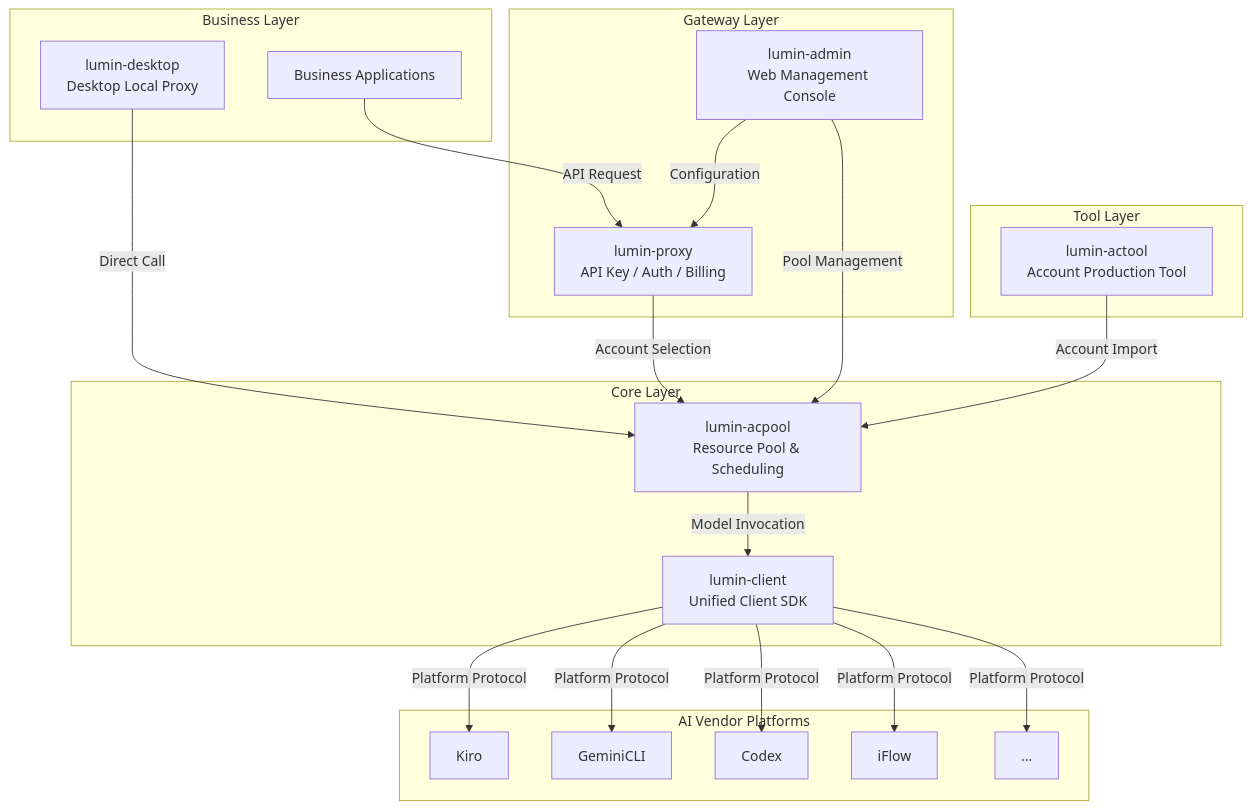
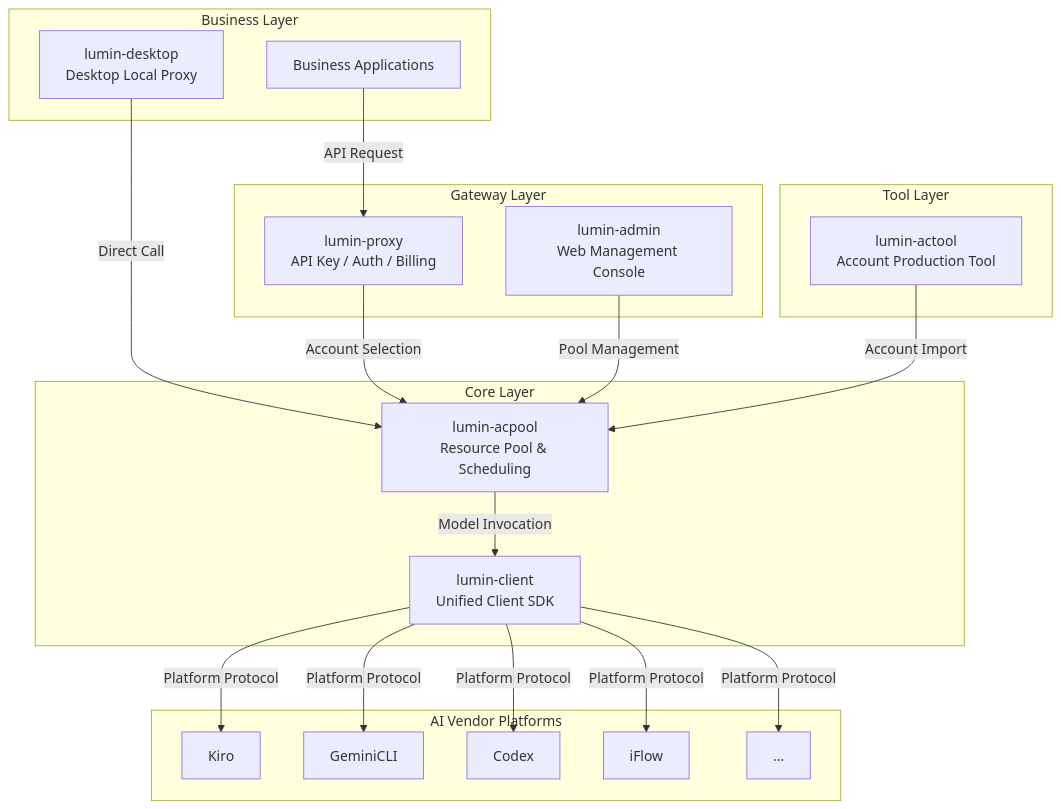
One commit to nomand-zc/lumin-acpool changed the first of 3 diagrams in README.md. Above: the diagram before and after it, drawn with Mermaid. The commit also changed other lines of this file and 1 other file, not shown here.

````diff
--- a/README.md
+++ b/README.md
@@ -34,42 +34,41 @@
 ```mermaid
 graph TB
     subgraph "Business Layer"
         BIZ[Business Applications]
         DESKTOP[lumin-desktop<br/>Desktop Local Proxy]
     end
 
     subgraph "Gateway Layer"
         PROXY[lumin-proxy<br/>API Key / Auth / Billing]
         ADMIN[lumin-admin<br/>Web Management Console]
     end
 
     subgraph "Core Layer"
         ACPOOL[lumin-acpool<br/>Resource Pool & Scheduling]
         CLIENT[lumin-client<br/>Unified Client SDK]
     end
 
     subgraph "Tool Layer"
         ACTOOL[lumin-actool<br/>Account Production Tool]
     end
 
     subgraph "AI Vendor Platforms"
         KIRO[Kiro]
         GEMINI[GeminiCLI]
         CODEX[Codex]
         IFLOW[iFlow]
         MORE[...]
     end
 
     BIZ -->|API Request| PROXY
     DESKTOP -->|Direct Call| ACPOOL
     PROXY -->|Account Selection| ACPOOL
     ADMIN -->|Pool Management| ACPOOL
-    ADMIN -->|Configuration| PROXY
     ACPOOL -->|Model Invocation| CLIENT
     CLIENT -->|Platform Protocol| KIRO
     CLIENT -->|Platform Protocol| GEMINI
     CLIENT -->|Platform Protocol| CODEX
     CLIENT -->|Platform Protocol| IFLOW
     CLIENT -->|Platform Protocol| MORE
     ACTOOL -->|Account Import| ACPOOL
 ```
````
